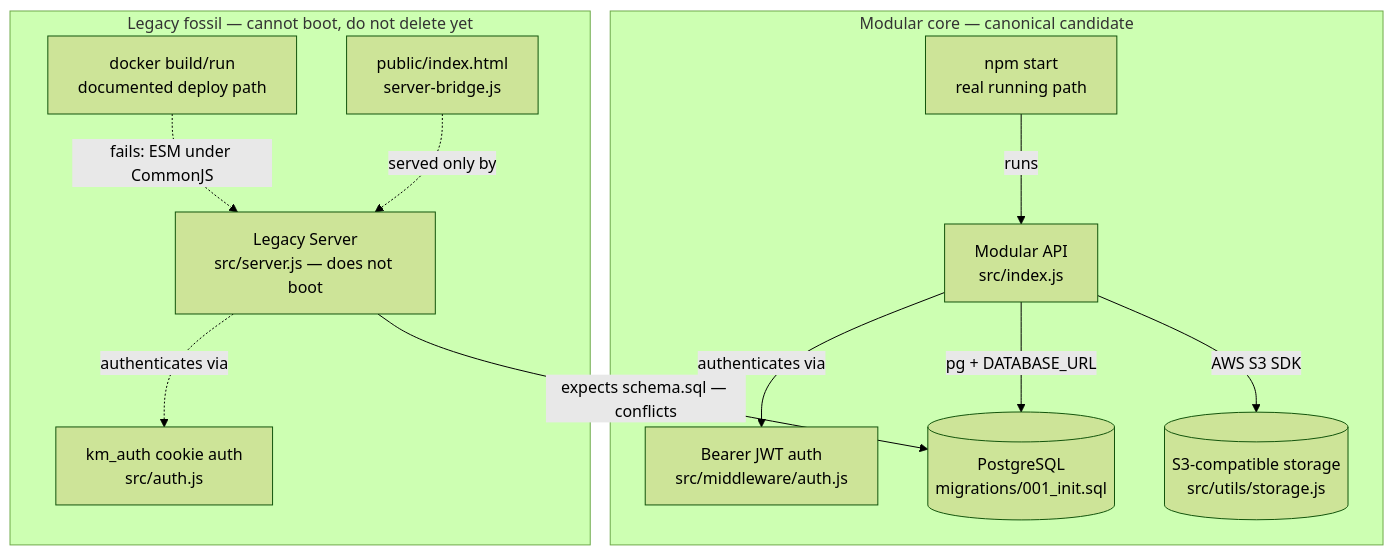
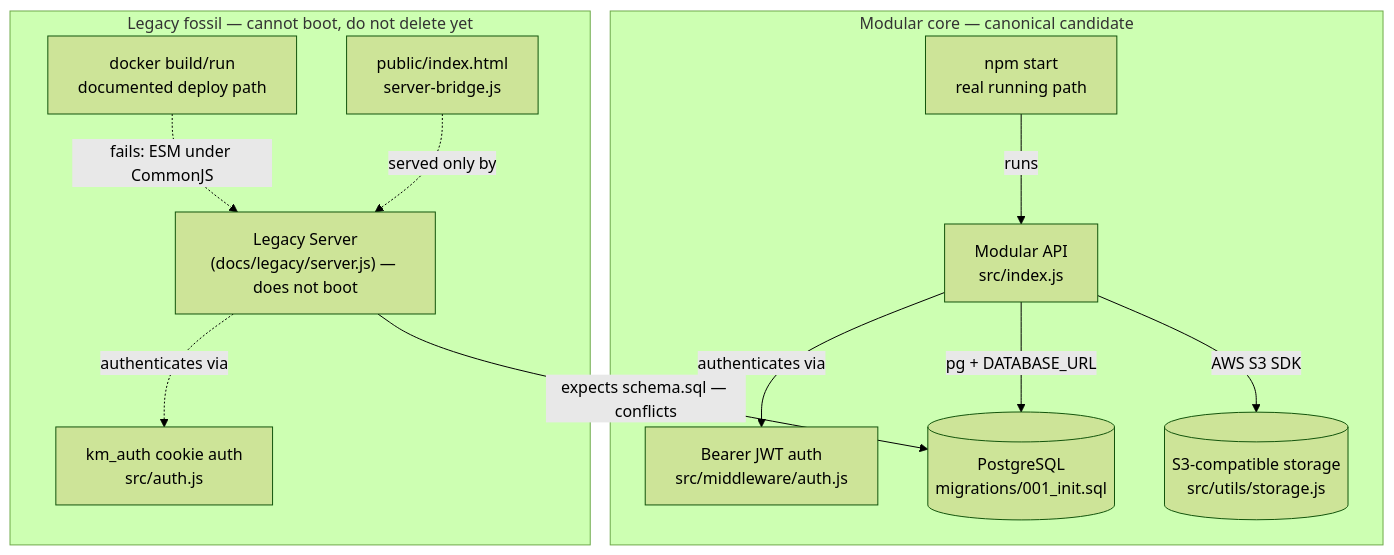
One commit to Dahgoth/kompmaster-server changed the first of 3 diagrams in docs/adr/001-canonical-core-and-deployment-architecture.md. Above: the diagram before and after it, drawn with Mermaid (forest theme). The commit also changed other lines of this file and 6 other files, not shown here.

First line of the commit message:
chore(server): move legacy src/server.js to docs/legacy/ (preserve, stop confusing agents)

````diff
--- a/docs/adr/001-canonical-core-and-deployment-architecture.md
+++ b/docs/adr/001-canonical-core-and-deployment-architecture.md
@@ -46,28 +46,28 @@
 ```mermaid
 flowchart TB
   npm["npm start<br/>real running path"]
   api["Modular API<br/>src/index.js"]
   jwt["Bearer JWT auth<br/>src/middleware/auth.js"]
   pg[("PostgreSQL<br/>migrations/001_init.sql")]
   s3[("S3-compatible storage<br/>src/utils/storage.js")]
 
   docker["docker build/run<br/>documented deploy path"]
-  server["Legacy Server<br/>src/server.js — does not boot"]
+  server["Legacy Server<br/>(docs/legacy/server.js) — does not boot"]
   cookie["km_auth cookie auth<br/>src/auth.js"]
   frontend["public/index.html<br/>server-bridge.js"]
 
   subgraph modular ["Modular core — canonical candidate"]
     npm -->|runs| api
     api -->|authenticates via| jwt
     api -->|"pg + DATABASE_URL"| pg
     api -->|AWS S3 SDK| s3
   end
 
   subgraph legacy ["Legacy fossil — cannot boot, do not delete yet"]
     docker -.->|"fails: ESM under CommonJS"| server
     server -.->|authenticates via| cookie
     frontend -.->|served only by| server
   end
 
   server -->|"expects schema.sql — conflicts"| pg
 ```
````
